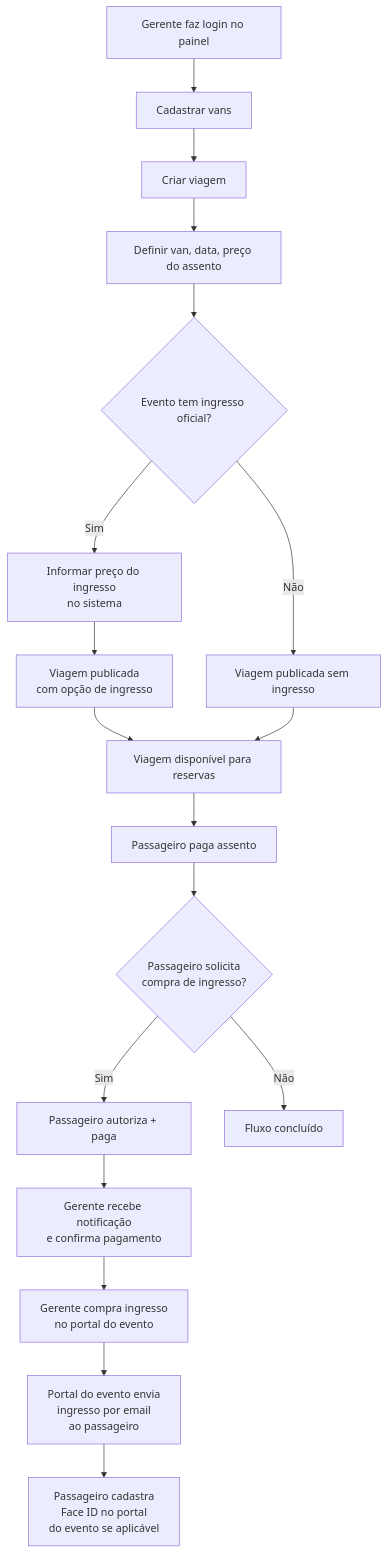
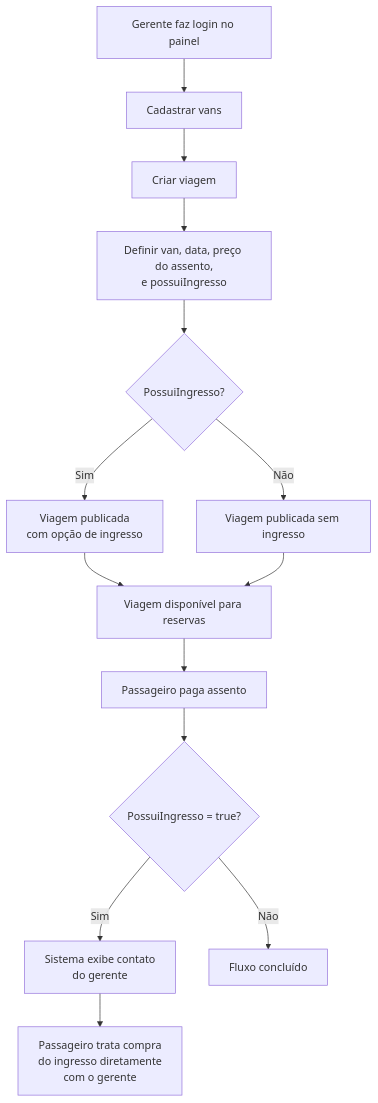
Before and after one commit to zico10-arthur/BackEnd-VanBora: the second of 4 diagrams in docs/inicial.md, drawn with Mermaid. The commit also changed other lines of this file and 129 other files, not shown here.

````diff
--- a/docs/inicial.md
+++ b/docs/inicial.md
@@ -181,21 +146,17 @@
 ```mermaid
 flowchart TD
     A[Gerente faz login no painel] --> B[Cadastrar vans]
     B --> C[Criar viagem]
-    C --> D[Definir van, data, preço do assento]
-    D --> E{Evento tem ingresso oficial?}
-    E -->|Sim| F[Informar preço do ingresso\nno sistema]
+    C --> D[Definir van, data, preço do assento,\ne possuiIngresso]
+    D --> E{PossuiIngresso?}
+    E -->|Sim| H[Viagem publicada\ncom opção de ingresso]
     E -->|Não| I[Viagem publicada sem ingresso]
-    F --> H[Viagem publicada\ncom opção de ingresso]
     H --> J[Viagem disponível para reservas]
     I --> J
     
     J --> K[Passageiro paga assento]
-    K --> L{Passageiro solicita\ncompra de ingresso?}
-    L -->|Sim| M[Passageiro autoriza + paga]
-    M --> N[Gerente recebe notificação\ne confirma pagamento]
-    N --> O[Gerente compra ingresso\nno portal do evento]
-    O --> P[Portal do evento envia\ningresso por email\nao passageiro]
-    P --> R[Passageiro cadastra\nFace ID no portal\ndo evento se aplicável]
+    K --> L{PossuiIngresso = true?}
+    L -->|Sim| M[Sistema exibe contato\ndo gerente]
+    M --> N[Passageiro trata compra\ndo ingresso diretamente\ncom o gerente]
     L -->|Não| Q[Fluxo concluído]
 ```
````
